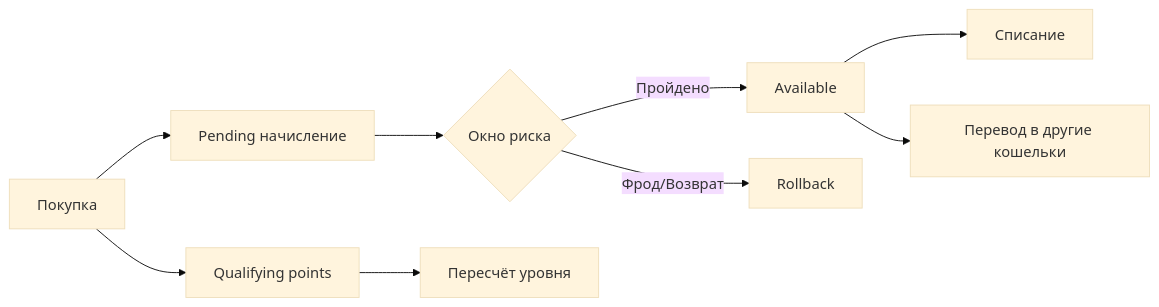
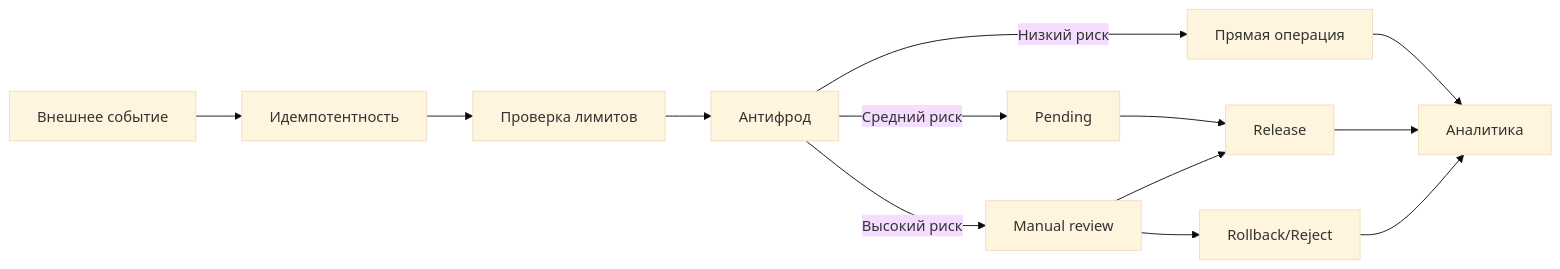
The diagram in docs/examples-advanced-scenarios.md (nazbav/yii2-account-balance), drawn with Mermaid (base theme) before and after one commit. The commit also changed other lines of this file and 19 other files, not shown here.

````diff
--- a/docs/examples-advanced-scenarios.md
+++ b/docs/examples-advanced-scenarios.md
@@ -142,11 +138,15 @@
 ```mermaid
 flowchart LR
-  A[Покупка] --> B[Pending начисление]
-  B --> C{Окно риска}
-  C -- Пройдено --> D[Available]
-  C -- Фрод/Возврат --> E[Rollback]
-  D --> F[Списание]
-  D --> G[Перевод в другие кошельки]
-  A --> H[Qualifying points]
-  H --> I[Пересчёт уровня]
+    A[Внешнее событие] --> B[Идемпотентность]
+    B --> C[Проверка лимитов]
+    C --> D[Антифрод]
+    D -- Низкий риск --> E[Прямая операция]
+    D -- Средний риск --> F[Pending]
+    D -- Высокий риск --> G[Manual review]
+    F --> H[Release]
+    G --> H
+    G --> I[Rollback/Reject]
+    E --> J[Аналитика]
+    H --> J
+    I --> J
 ```
````
